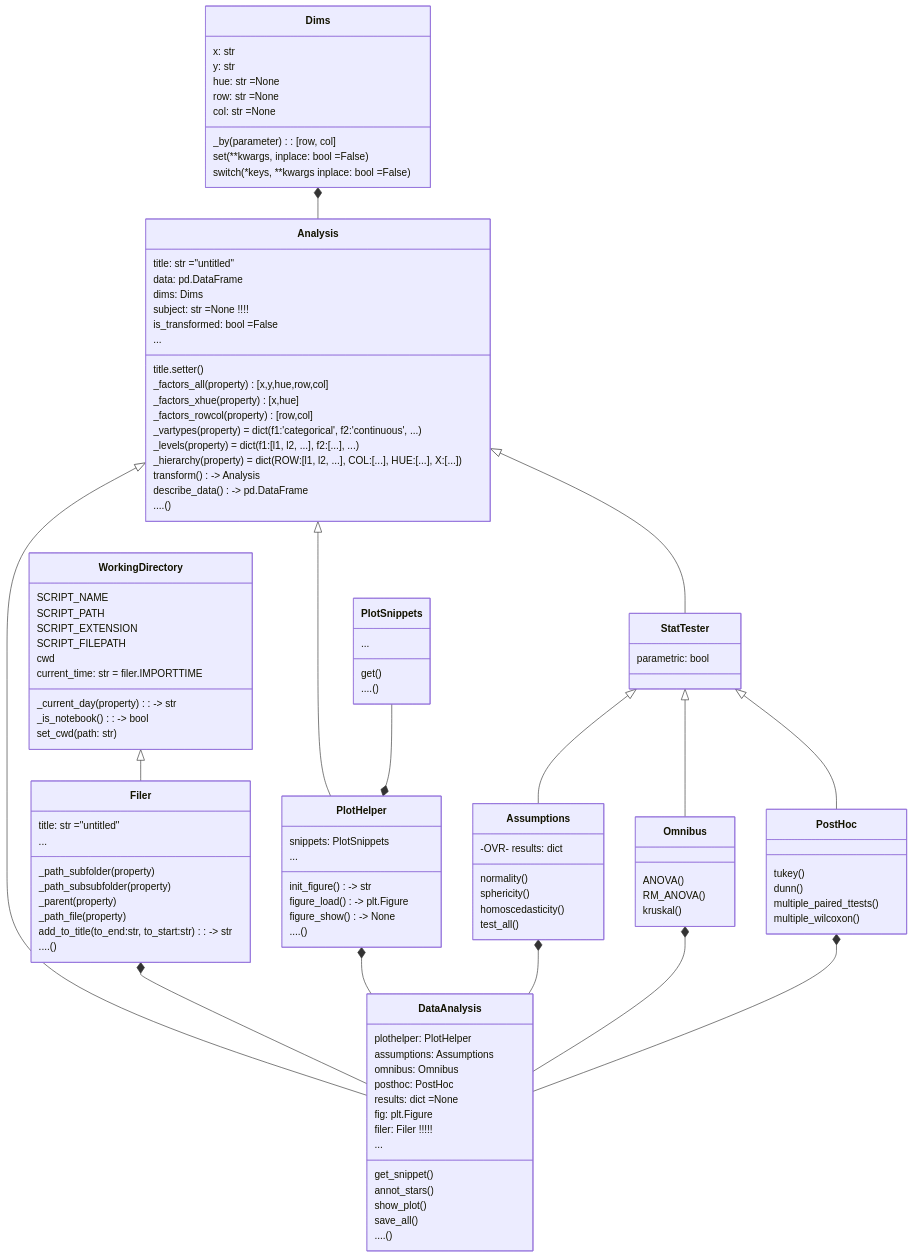
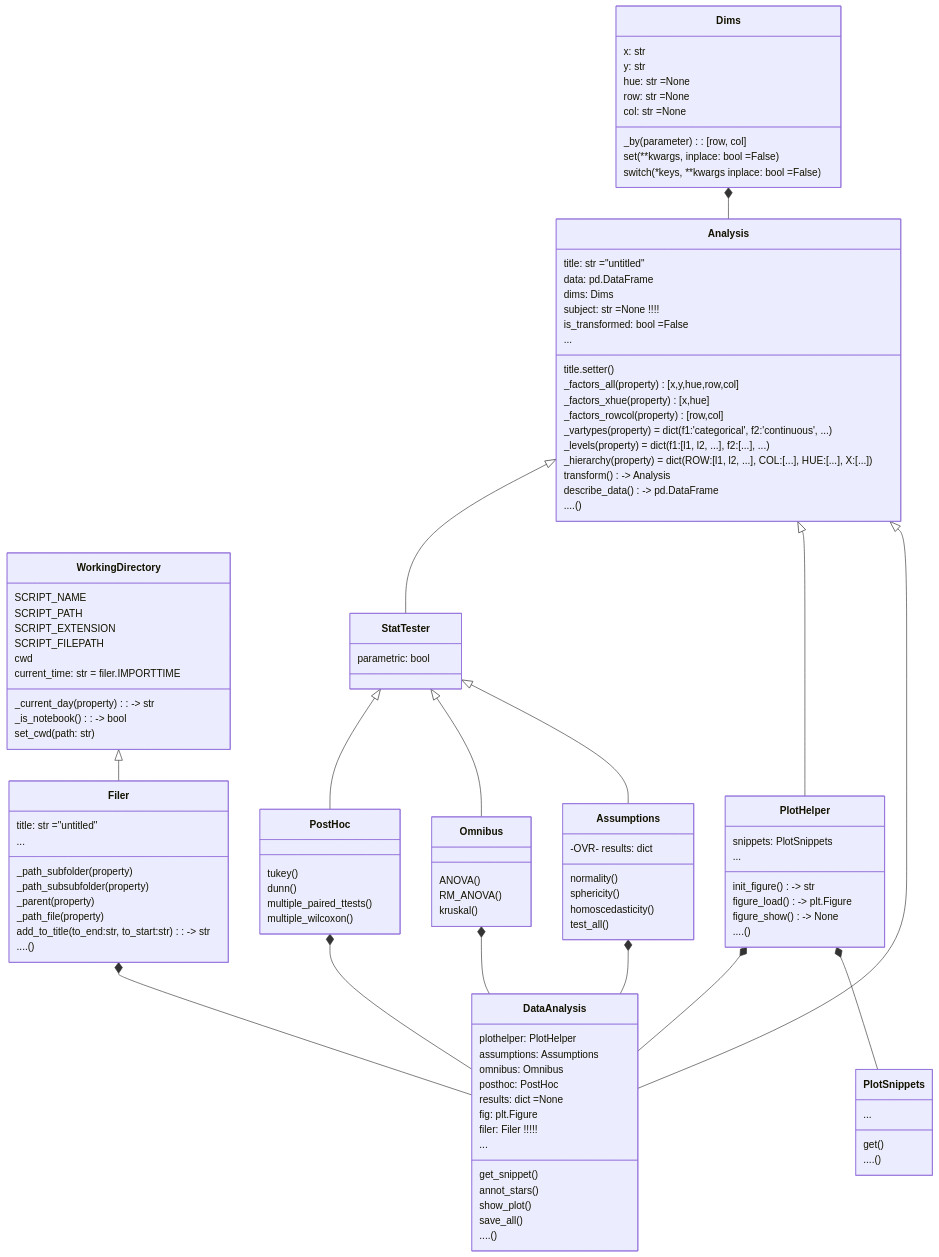
Before and after one commit to markur4/plotastic: the diagram in README.md, drawn with Mermaid. The commit also changed 1 other file, not shown here.

Commit message:
readme changes

```diff
--- a/README.md
+++ b/README.md
@@ -265,7 +265,7 @@
 
    WorkingDirectory <|-- Filer
 
-   PlotSnippets --* PlotHelper
+   PlotHelper *-- PlotSnippets
 
    Filer *-- DataAnalysis
    PlotHelper *-- DataAnalysis
```
